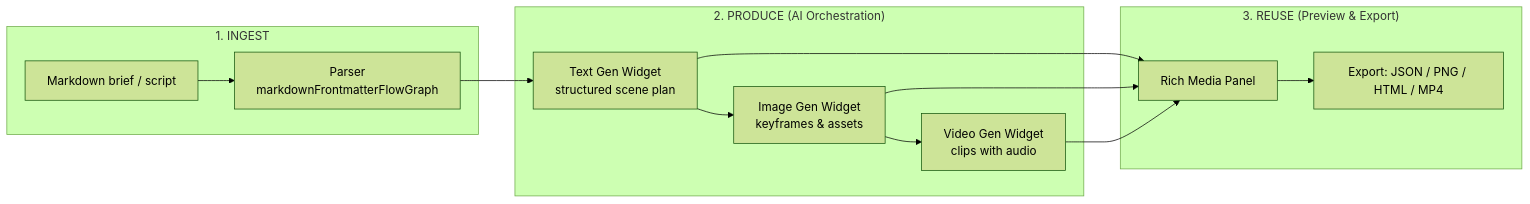
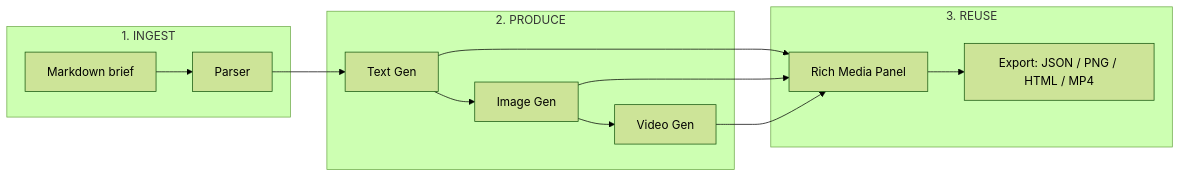
The first of 3 diagrams in docs/documents/knowgrph-pitchdeck.md (huijoohwee/knowgrph), drawn with Mermaid (forest theme) before and after one commit. The commit also changed other lines of this file and 61 other files, not shown here.

````diff
--- a/docs/documents/knowgrph-pitchdeck.md
+++ b/docs/documents/knowgrph-pitchdeck.md
@@ -190,17 +247,17 @@
 ```mermaid
 flowchart LR
   subgraph Ingest ["1. INGEST"]
-    MD[Markdown brief / script] --> P[Parser<br/>markdownFrontmatterFlowGraph]
+    MD[Markdown brief] --> P[Parser]
   end
-  subgraph Produce ["2. PRODUCE (AI Orchestration)"]
-    P --> TG[Text Gen Widget<br/>structured scene plan]
-    TG --> IG[Image Gen Widget<br/>keyframes & assets]
-    IG --> VG[Video Gen Widget<br/>clips with audio]
+  subgraph Produce ["2. PRODUCE"]
+    P --> TG[Text Gen]
+    TG --> IG[Image Gen]
+    IG --> VG[Video Gen]
   end
-  subgraph Reuse ["3. REUSE (Preview & Export)"]
+  subgraph Reuse ["3. REUSE"]
     TG --> RMP[Rich Media Panel]
     IG --> RMP
     VG --> RMP
     RMP --> EXP[Export: JSON / PNG / HTML / MP4]
   end
 ```
````
